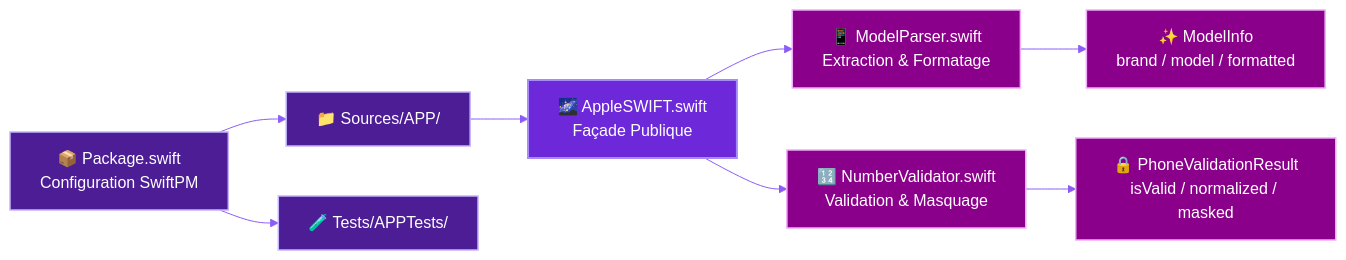
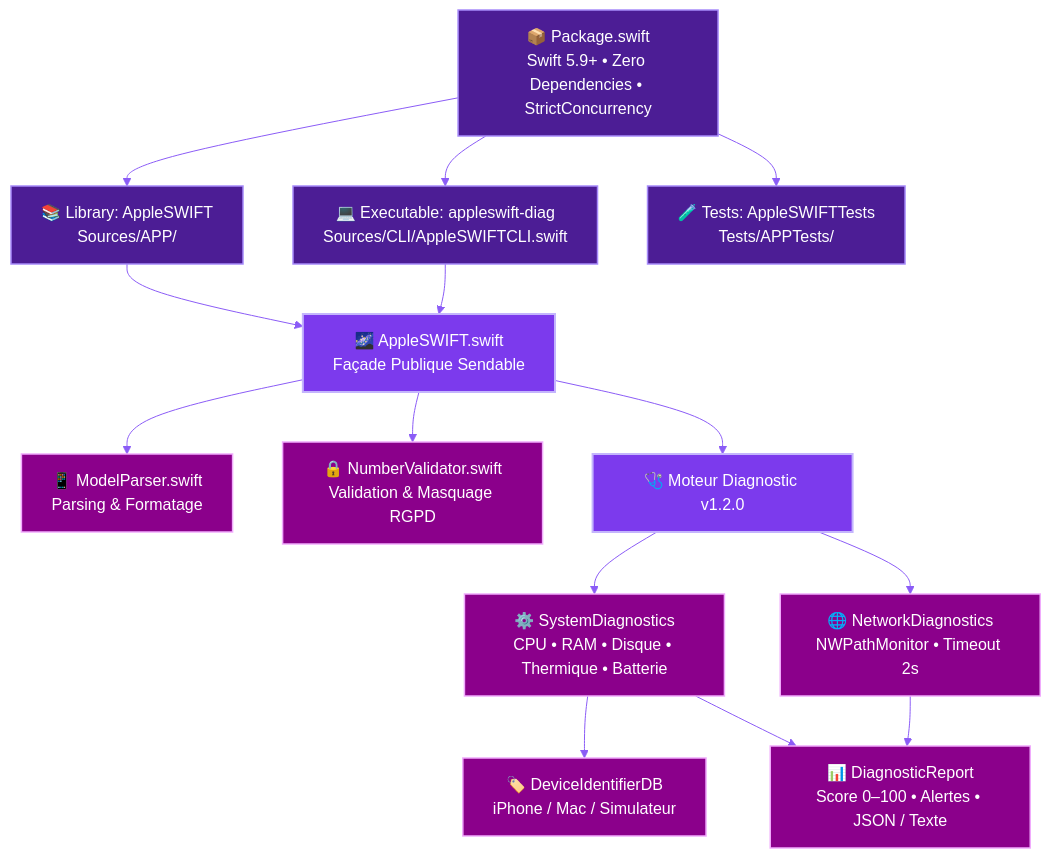
One commit to teremuhamblin/AppleSWIFT changed the diagram in README.md. Above: the diagram before and after it, drawn with Mermaid. The commit also changed other lines of this file, not shown here.

````diff
--- a/README.md
+++ b/README.md
@@ -75,19 +122,31 @@
 ```mermaid
 %%{init: {'theme': 'base', 'themeVariables': {'lineColor': '#8B5CF6'}}}%%
-flowchart LR
-    PKG["📦 Package.swift<br/>Configuration SwiftPM"] --> APP["📁 Sources/APP/"]
-    PKG --> TESTS["🧪 Tests/APPTests/"]
-    APP --> ENTRY["🌌 AppleSWIFT.swift<br/>Façade Publique"]
-    ENTRY --> PARSER["📱 ModelParser.swift<br/>Extraction & Formatage"]
-    ENTRY --> VALIDATOR["🔢 NumberValidator.swift<br/>Validation & Masquage"]
-    PARSER --> OUT1["✨ ModelInfo<br/>brand / model / formatted"]
-    VALIDATOR --> OUT2["🔒 PhoneValidationResult<br/>isValid / normalized / masked"]
+flowchart TB
+    PKG["📦 Package.swift<br/>Swift 5.9+ • Zero Dependencies • StrictConcurrency"]
 
-    classDef violet fill:#6D28D9,stroke:#A78BFA,stroke-width:2px,color:#FFFFFF;
-    classDef darkViolet fill:#4C1D95,stroke:#C4B5FD,stroke-width:1.5px,color:#FFFFFF;
+    PKG --> LIB["📚 Library: AppleSWIFT<br/>Sources/APP/"]
+    PKG --> CLI["💻 Executable: appleswift-diag<br/>Sources/CLI/AppleSWIFTCLI.swift"]
+    PKG --> TST["🧪 Tests: AppleSWIFTTests<br/>Tests/APPTests/"]
+
+    LIB --> FACADE["🌌 AppleSWIFT.swift<br/>Façade Publique Sendable"]
+
+    FACADE --> CORE1["📱 ModelParser.swift<br/>Parsing & Formatage"]
+    FACADE --> CORE2["🔒 NumberValidator.swift<br/>Validation & Masquage RGPD"]
+    FACADE --> DIAG["🩺 Moteur Diagnostic v1.2.0"]
+
+    DIAG --> SYS["⚙️ SystemDiagnostics<br/>CPU • RAM • Disque • Thermique • Batterie"]
+    DIAG --> NET["🌐 NetworkDiagnostics<br/>NWPathMonitor • Timeout 2s"]
+    SYS --> DB["🏷️ DeviceIdentifierDB<br/>iPhone / Mac / Simulateur"]
+
+    SYS --> REP["📊 DiagnosticReport<br/>Score 0–100 • Alertes • JSON / Texte"]
+    NET --> REP
+    CLI --> FACADE
+
+    classDef primary fill:#7C3AED,stroke:#C4B5FD,stroke-width:2px,color:#FFFFFF;
+    classDef secondary fill:#4C1D95,stroke:#A78BFA,stroke-width:1.5px,color:#FFFFFF;
     classDef accent fill:#8B008B,stroke:#F0ABFC,stroke-width:1.5px,color:#FFFFFF;
 
-    class PKG,APP,TESTS darkViolet;
-    class ENTRY violet;
-    class PARSER,VALIDATOR,OUT1,OUT2 accent;
+    class PKG,LIB,CLI,TST secondary;
+    class FACADE,DIAG primary;
+    class CORE1,CORE2,SYS,NET,DB,REP accent;
 ```
````
